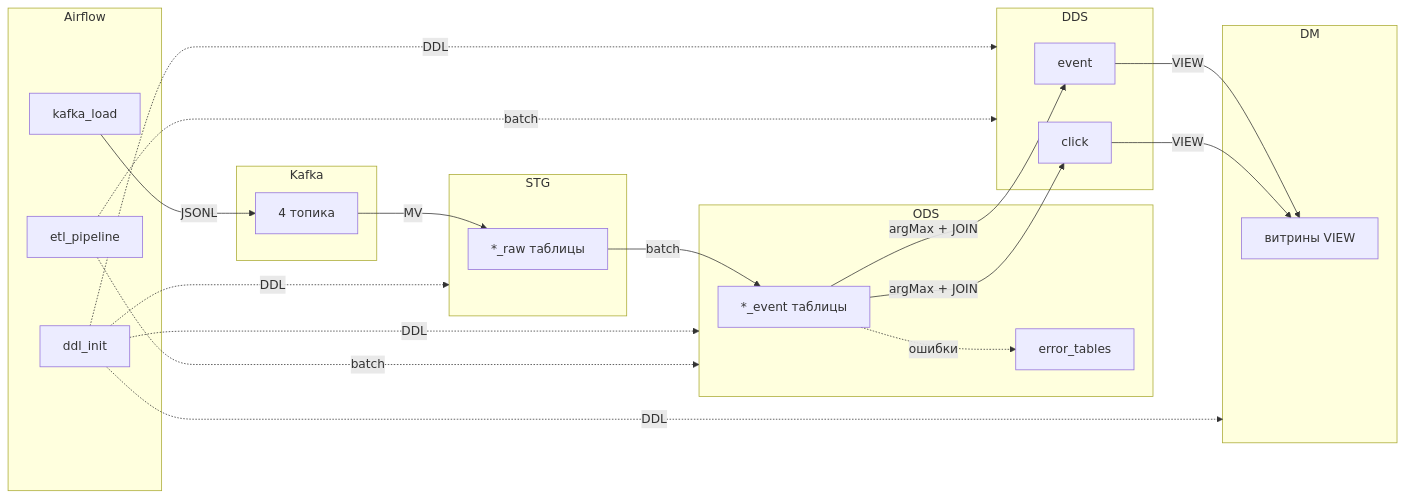
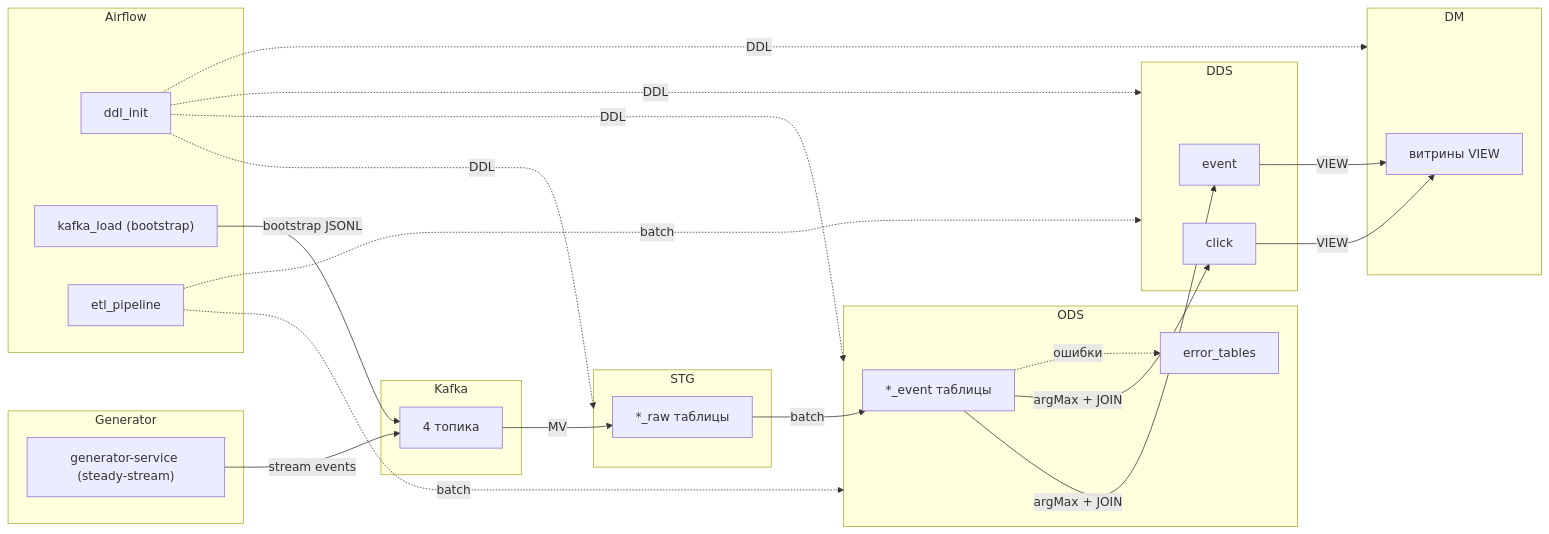
The first of 6 diagrams in docs/ARCHITECTURE.md (dementev-dev/clickstream-ch-kafka-superset-demo), drawn with Mermaid before and after one commit. The commit also changed other lines of this file and 3 other files, not shown here.

````diff
--- a/docs/ARCHITECTURE.md
+++ b/docs/ARCHITECTURE.md
@@ -26,39 +26,45 @@
 ```mermaid
 flowchart LR
     subgraph AF["Airflow"]
         DAG1["ddl_init"]
-        DAG2["kafka_load"]
+        DAG2["kafka_load (bootstrap)"]
         DAG3["etl_pipeline"]
+    end
+
+    subgraph GEN["Generator"]
+        G["generator-service (steady-stream)"]
     end
 
     subgraph Kafka["Kafka"]
         K[4 топика]
     end
 
     subgraph STG["STG"]
         S[*_raw таблицы]
     end
 
     subgraph ODS["ODS"]
         O[*_event таблицы]
         OE[error_tables]
     end
 
     subgraph DDS["DDS"]
         D1[event]
         D2[click]
     end
 
     subgraph DM["DM"]
         V[витрины VIEW]
     end
 
-    DAG2 -->|JSONL| K -->|MV| S
+    DAG2 -->|bootstrap JSONL| K
+    G -->|stream events| K
+    K -->|MV| S
     S -->|batch| O
     O -->|argMax + JOIN| D1 & D2
     O -.->|ошибки| OE
     D1 & D2 -->|VIEW| V
 
     DAG1 -.->|DDL| STG & ODS & DDS & DM
     DAG3 -.->|batch| ODS & DDS
 ```
````
